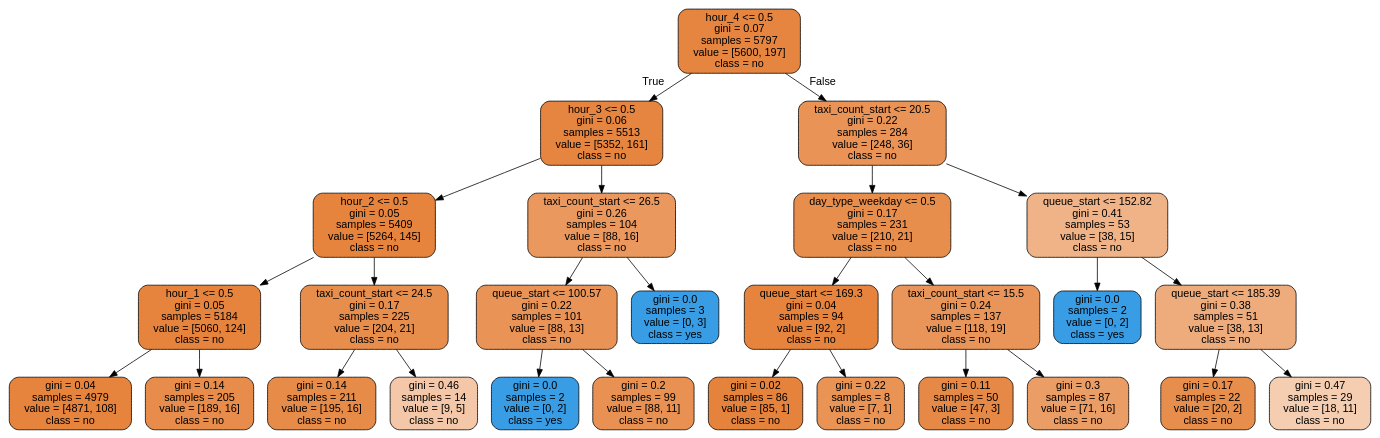
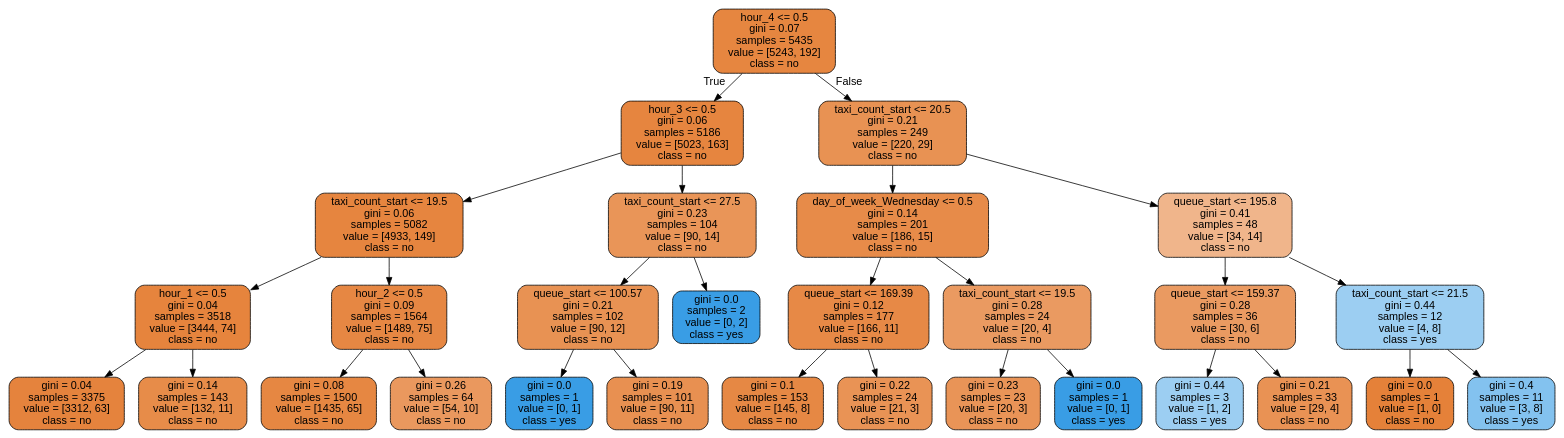
One commit to DungDinhDungDinh/capstone_project changed the diagram in tree3.dot. Above: the diagram before and after it, drawn with Graphviz. The commit also changed 99 other files, not shown here.

```diff
--- a/tree3.dot
+++ b/tree3.dot
@@ -1,57 +1,61 @@
 digraph Tree {
 node [shape=box, style="filled, rounded", color="black", fontname="helvetica"] ;
 edge [fontname="helvetica"] ;
-0 [label="hour_4 <= 0.5\ngini = 0.07\nsamples = 5797\nvalue = [5600, 197]\nclass = no", fillcolor="#e68540"] ;
-1 [label="hour_3 <= 0.5\ngini = 0.06\nsamples = 5513\nvalue = [5352, 161]\nclass = no", fillcolor="#e6853f"] ;
+0 [label="hour_4 <= 0.5\ngini = 0.07\nsamples = 5435\nvalue = [5243, 192]\nclass = no", fillcolor="#e68640"] ;
+1 [label="hour_3 <= 0.5\ngini = 0.06\nsamples = 5186\nvalue = [5023, 163]\nclass = no", fillcolor="#e6853f"] ;
 0 -> 1 [labeldistance=2.5, labelangle=45, headlabel="True"] ;
-2 [label="hour_2 <= 0.5\ngini = 0.05\nsamples = 5409\nvalue = [5264, 145]\nclass = no", fillcolor="#e6843e"] ;
+2 [label="taxi_count_start <= 19.5\ngini = 0.06\nsamples = 5082\nvalue = [4933, 149]\nclass = no", fillcolor="#e6853f"] ;
 1 -> 2 ;
-3 [label="hour_1 <= 0.5\ngini = 0.05\nsamples = 5184\nvalue = [5060, 124]\nclass = no", fillcolor="#e6843e"] ;
+3 [label="hour_1 <= 0.5\ngini = 0.04\nsamples = 3518\nvalue = [3444, 74]\nclass = no", fillcolor="#e6843d"] ;
 2 -> 3 ;
-4 [label="gini = 0.04\nsamples = 4979\nvalue = [4871, 108]\nclass = no", fillcolor="#e6843d"] ;
+4 [label="gini = 0.04\nsamples = 3375\nvalue = [3312, 63]\nclass = no", fillcolor="#e5833d"] ;
 3 -> 4 ;
-5 [label="gini = 0.14\nsamples = 205\nvalue = [189, 16]\nclass = no", fillcolor="#e78c4a"] ;
+5 [label="gini = 0.14\nsamples = 143\nvalue = [132, 11]\nclass = no", fillcolor="#e78c49"] ;
 3 -> 5 ;
-6 [label="taxi_count_start <= 24.5\ngini = 0.17\nsamples = 225\nvalue = [204, 21]\nclass = no", fillcolor="#e88e4d"] ;
+6 [label="hour_2 <= 0.5\ngini = 0.09\nsamples = 1564\nvalue = [1489, 75]\nclass = no", fillcolor="#e68743"] ;
 2 -> 6 ;
-7 [label="gini = 0.14\nsamples = 211\nvalue = [195, 16]\nclass = no", fillcolor="#e78b49"] ;
+7 [label="gini = 0.08\nsamples = 1500\nvalue = [1435, 65]\nclass = no", fillcolor="#e68742"] ;
 6 -> 7 ;
-8 [label="gini = 0.46\nsamples = 14\nvalue = [9, 5]\nclass = no", fillcolor="#f3c7a7"] ;
+8 [label="gini = 0.26\nsamples = 64\nvalue = [54, 10]\nclass = no", fillcolor="#ea985e"] ;
 6 -> 8 ;
-9 [label="taxi_count_start <= 26.5\ngini = 0.26\nsamples = 104\nvalue = [88, 16]\nclass = no", fillcolor="#ea985d"] ;
+9 [label="taxi_count_start <= 27.5\ngini = 0.23\nsamples = 104\nvalue = [90, 14]\nclass = no", fillcolor="#e99558"] ;
 1 -> 9 ;
-10 [label="queue_start <= 100.57\ngini = 0.22\nsamples = 101\nvalue = [88, 13]\nclass = no", fillcolor="#e99456"] ;
+10 [label="queue_start <= 100.57\ngini = 0.21\nsamples = 102\nvalue = [90, 12]\nclass = no", fillcolor="#e89253"] ;
 9 -> 10 ;
-11 [label="gini = 0.0\nsamples = 2\nvalue = [0, 2]\nclass = yes", fillcolor="#399de5"] ;
+11 [label="gini = 0.0\nsamples = 1\nvalue = [0, 1]\nclass = yes", fillcolor="#399de5"] ;
 10 -> 11 ;
-12 [label="gini = 0.2\nsamples = 99\nvalue = [88, 11]\nclass = no", fillcolor="#e89152"] ;
+12 [label="gini = 0.19\nsamples = 101\nvalue = [90, 11]\nclass = no", fillcolor="#e89051"] ;
 10 -> 12 ;
-13 [label="gini = 0.0\nsamples = 3\nvalue = [0, 3]\nclass = yes", fillcolor="#399de5"] ;
+13 [label="gini = 0.0\nsamples = 2\nvalue = [0, 2]\nclass = yes", fillcolor="#399de5"] ;
 9 -> 13 ;
-14 [label="taxi_count_start <= 20.5\ngini = 0.22\nsamples = 284\nvalue = [248, 36]\nclass = no", fillcolor="#e99356"] ;
+14 [label="taxi_count_start <= 20.5\ngini = 0.21\nsamples = 249\nvalue = [220, 29]\nclass = no", fillcolor="#e89253"] ;
 0 -> 14 [labeldistance=2.5, labelangle=-45, headlabel="False"] ;
-15 [label="day_type_weekday <= 0.5\ngini = 0.17\nsamples = 231\nvalue = [210, 21]\nclass = no", fillcolor="#e88e4d"] ;
+15 [label="day_of_week_Wednesday <= 0.5\ngini = 0.14\nsamples = 201\nvalue = [186, 15]\nclass = no", fillcolor="#e78b49"] ;
 14 -> 15 ;
-16 [label="queue_start <= 169.3\ngini = 0.04\nsamples = 94\nvalue = [92, 2]\nclass = no", fillcolor="#e6843d"] ;
+16 [label="queue_start <= 169.39\ngini = 0.12\nsamples = 177\nvalue = [166, 11]\nclass = no", fillcolor="#e78946"] ;
 15 -> 16 ;
-17 [label="gini = 0.02\nsamples = 86\nvalue = [85, 1]\nclass = no", fillcolor="#e5823b"] ;
+17 [label="gini = 0.1\nsamples = 153\nvalue = [145, 8]\nclass = no", fillcolor="#e68844"] ;
 16 -> 17 ;
-18 [label="gini = 0.22\nsamples = 8\nvalue = [7, 1]\nclass = no", fillcolor="#e99355"] ;
+18 [label="gini = 0.22\nsamples = 24\nvalue = [21, 3]\nclass = no", fillcolor="#e99355"] ;
 16 -> 18 ;
-19 [label="taxi_count_start <= 15.5\ngini = 0.24\nsamples = 137\nvalue = [118, 19]\nclass = no", fillcolor="#e99559"] ;
+19 [label="taxi_count_start <= 19.5\ngini = 0.28\nsamples = 24\nvalue = [20, 4]\nclass = no", fillcolor="#ea9a61"] ;
 15 -> 19 ;
-20 [label="gini = 0.11\nsamples = 50\nvalue = [47, 3]\nclass = no", fillcolor="#e78946"] ;
+20 [label="gini = 0.23\nsamples = 23\nvalue = [20, 3]\nclass = no", fillcolor="#e99457"] ;
 19 -> 20 ;
-21 [label="gini = 0.3\nsamples = 87\nvalue = [71, 16]\nclass = no", fillcolor="#eb9d66"] ;
+21 [label="gini = 0.0\nsamples = 1\nvalue = [0, 1]\nclass = yes", fillcolor="#399de5"] ;
 19 -> 21 ;
-22 [label="queue_start <= 152.82\ngini = 0.41\nsamples = 53\nvalue = [38, 15]\nclass = no", fillcolor="#efb387"] ;
+22 [label="queue_start <= 195.8\ngini = 0.41\nsamples = 48\nvalue = [34, 14]\nclass = no", fillcolor="#f0b58b"] ;
 14 -> 22 ;
-23 [label="gini = 0.0\nsamples = 2\nvalue = [0, 2]\nclass = yes", fillcolor="#399de5"] ;
+23 [label="queue_start <= 159.37\ngini = 0.28\nsamples = 36\nvalue = [30, 6]\nclass = no", fillcolor="#ea9a61"] ;
 22 -> 23 ;
-24 [label="queue_start <= 185.39\ngini = 0.38\nsamples = 51\nvalue = [38, 13]\nclass = no", fillcolor="#eeac7d"] ;
-22 -> 24 ;
-25 [label="gini = 0.17\nsamples = 22\nvalue = [20, 2]\nclass = no", fillcolor="#e88e4d"] ;
-24 -> 25 ;
-26 [label="gini = 0.47\nsamples = 29\nvalue = [18, 11]\nclass = no", fillcolor="#f5ceb2"] ;
-24 -> 26 ;
+24 [label="gini = 0.44\nsamples = 3\nvalue = [1, 2]\nclass = yes", fillcolor="#9ccef2"] ;
+23 -> 24 ;
+25 [label="gini = 0.21\nsamples = 33\nvalue = [29, 4]\nclass = no", fillcolor="#e99254"] ;
+23 -> 25 ;
+26 [label="taxi_count_start <= 21.5\ngini = 0.44\nsamples = 12\nvalue = [4, 8]\nclass = yes", fillcolor="#9ccef2"] ;
+22 -> 26 ;
+27 [label="gini = 0.0\nsamples = 1\nvalue = [1, 0]\nclass = no", fillcolor="#e58139"] ;
+26 -> 27 ;
+28 [label="gini = 0.4\nsamples = 11\nvalue = [3, 8]\nclass = yes", fillcolor="#83c2ef"] ;
+26 -> 28 ;
 }
```
